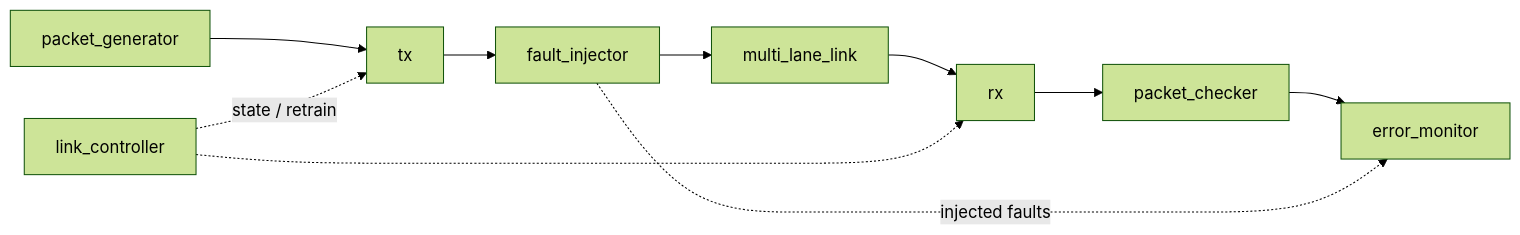
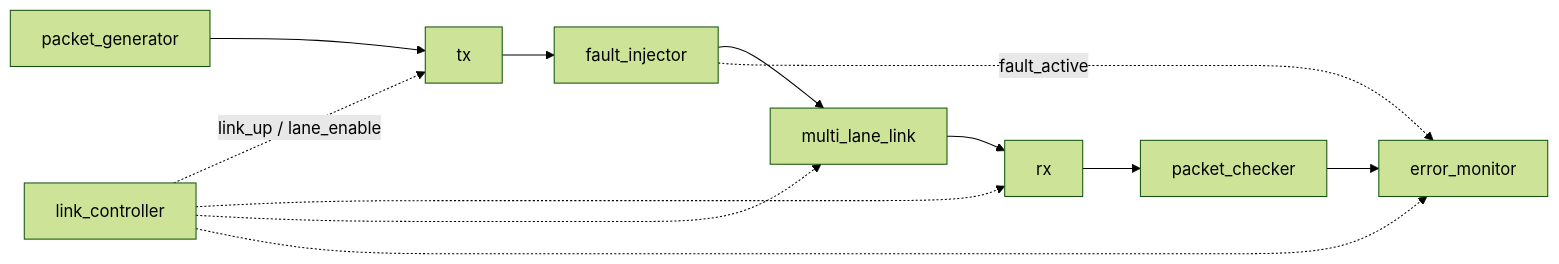
The diagram in README.md (qtundeptraidut/CHIPLET_MODEL_BASIC), drawn with Mermaid (forest theme) before and after one commit. The commit also changed other lines of this file, not shown here.

Commit message:
README: merge sampling-strategy objective, minimal file table, accurate diagram, fix author link

````diff
--- a/README.md
+++ b/README.md
@@ -15,12 +15,14 @@
 ```mermaid
 flowchart LR
     PG[packet_generator] --> TX[tx]
     TX --> FI[fault_injector]
     FI --> ML[multi_lane_link]
     ML --> RX[rx]
     RX --> PC[packet_checker]
-    LC[link_controller] -. state / retrain .-> TX
+    PC --> EM[error_monitor]
+    LC[link_controller] -. link_up / lane_enable .-> TX
     LC -.-> RX
-    PC --> EM[error_monitor]
-    FI -. injected faults .-> EM
+    LC -.-> ML
+    LC -.-> EM
+    FI -. fault_active .-> EM
 ```
````
